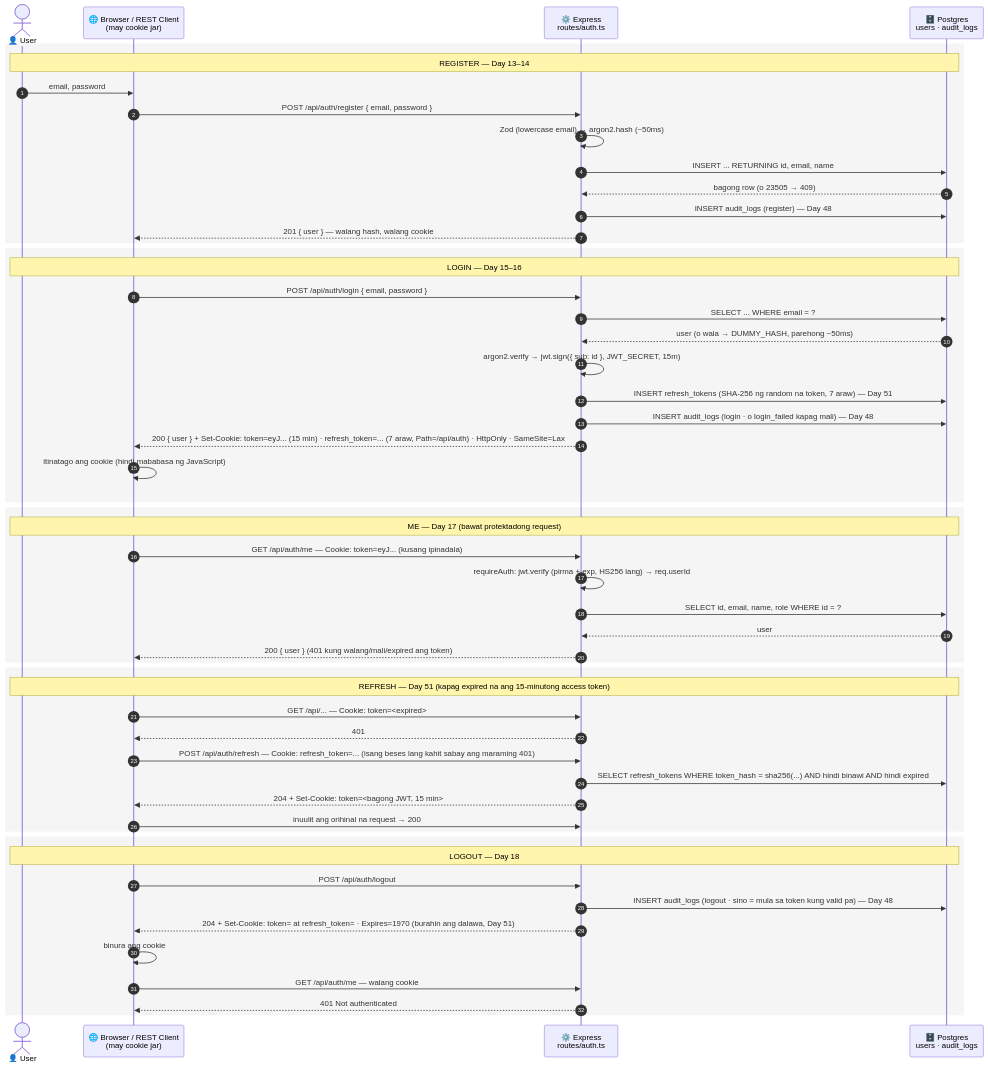
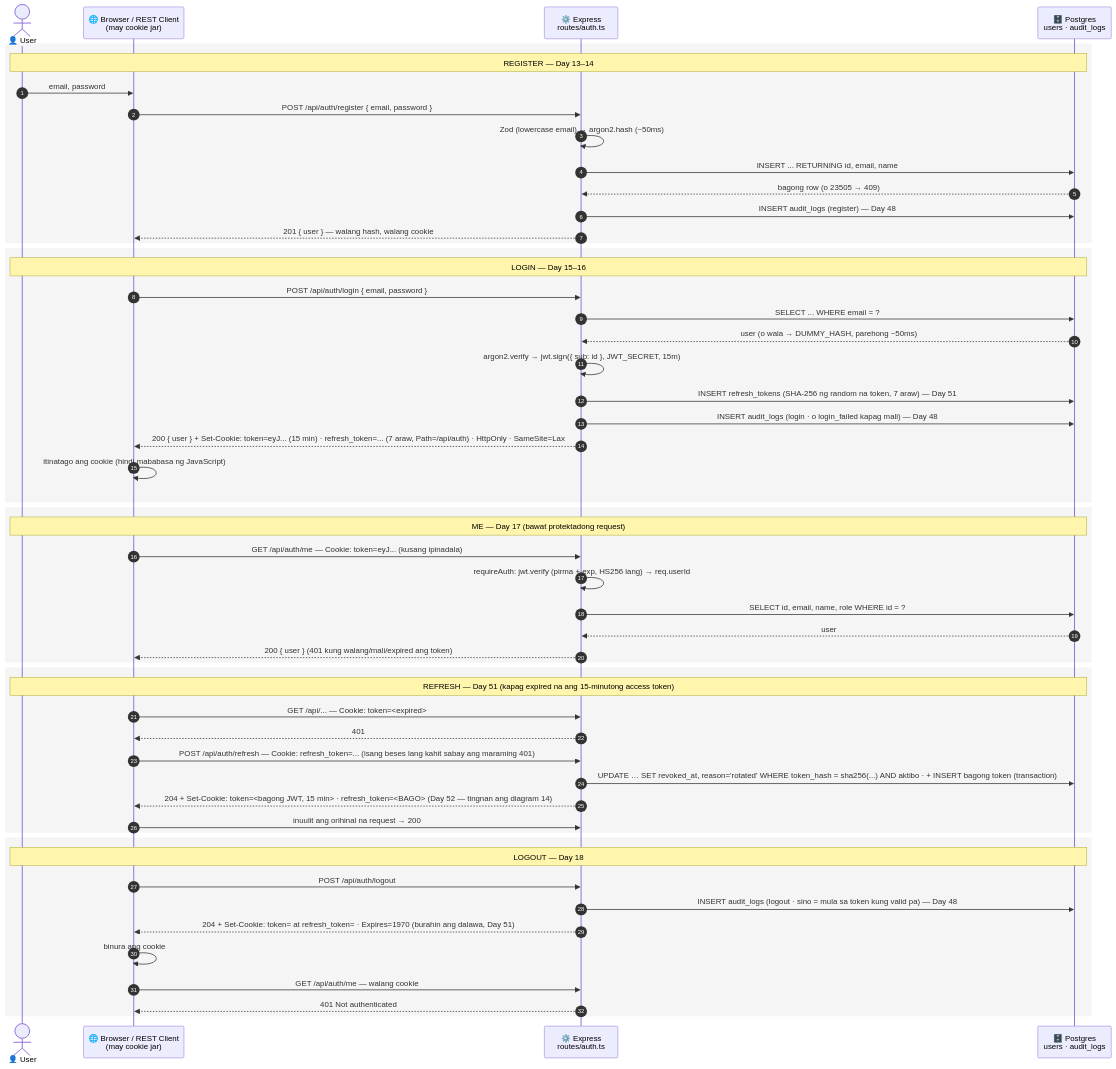
Before and after one commit to nelson1869-ai/auth-learning: the diagram in docs/diagrams/06-auth-sequence.md, drawn with Mermaid. The commit also changed other lines of this file and 15 other files, not shown here.

````diff
--- a/docs/diagrams/06-auth-sequence.md
+++ b/docs/diagrams/06-auth-sequence.md
@@ -12,60 +12,60 @@
 ```mermaid
 sequenceDiagram
     autonumber
     actor U as 👤 User
     participant B as 🌐 Browser / REST Client<br/>(may cookie jar)
     participant S as ⚙️ Express<br/>routes/auth.ts
     participant D as 🗄️ Postgres<br/>users · audit_logs
 
     rect rgba(128,128,128,0.08)
     Note over U,D: REGISTER — Day 13–14
     U->>B: email, password
     B->>S: POST /api/auth/register { email, password }
     S->>S: Zod (lowercase email) → argon2.hash (~50ms)
     S->>D: INSERT ... RETURNING id, email, name
     D-->>S: bagong row (o 23505 → 409)
     S->>D: INSERT audit_logs (register) — Day 48
     S-->>B: 201 { user } — walang hash, walang cookie
     end
 
     rect rgba(128,128,128,0.08)
     Note over U,D: LOGIN — Day 15–16
     B->>S: POST /api/auth/login { email, password }
     S->>D: SELECT ... WHERE email = ?
     D-->>S: user (o wala → DUMMY_HASH, parehong ~50ms)
     S->>S: argon2.verify → jwt.sign({ sub: id }, JWT_SECRET, 15m)
     S->>D: INSERT refresh_tokens (SHA-256 ng random na token, 7 araw) — Day 51
     S->>D: INSERT audit_logs (login · o login_failed kapag mali) — Day 48
     S-->>B: 200 { user } + Set-Cookie: token=eyJ... (15 min) · refresh_token=... (7 araw, Path=/api/auth) · HttpOnly · SameSite=Lax
     B->>B: itinatago ang cookie (hindi mababasa ng JavaScript)
     end
 
     rect rgba(128,128,128,0.08)
     Note over U,D: ME — Day 17 (bawat protektadong request)
     B->>S: GET /api/auth/me — Cookie: token=eyJ... (kusang ipinadala)
     S->>S: requireAuth: jwt.verify (pirma + exp, HS256 lang) → req.userId
     S->>D: SELECT id, email, name, role WHERE id = ?
     D-->>S: user
     S-->>B: 200 { user } (401 kung walang/mali/expired ang token)
     end
 
     rect rgba(128,128,128,0.08)
     Note over U,D: REFRESH — Day 51 (kapag expired na ang 15-minutong access token)
     B->>S: GET /api/... — Cookie: token=<expired>
     S-->>B: 401
     B->>S: POST /api/auth/refresh — Cookie: refresh_token=... (isang beses lang kahit sabay ang maraming 401)
-    S->>D: SELECT refresh_tokens WHERE token_hash = sha256(...) AND hindi binawi AND hindi expired
-    S-->>B: 204 + Set-Cookie: token=<bagong JWT, 15 min>
+    S->>D: UPDATE … SET revoked_at, reason='rotated' WHERE token_hash = sha256(...) AND aktibo · + INSERT bagong token (transaction)
+    S-->>B: 204 + Set-Cookie: token=<bagong JWT, 15 min> · refresh_token=<BAGO> (Day 52 — tingnan ang diagram 14)
     B->>S: inuulit ang orihinal na request → 200
     end
 
     rect rgba(128,128,128,0.08)
     Note over U,D: LOGOUT — Day 18
     B->>S: POST /api/auth/logout
     S->>D: INSERT audit_logs (logout · sino = mula sa token kung valid pa) — Day 48
     S-->>B: 204 + Set-Cookie: token= at refresh_token= · Expires=1970 (burahin ang dalawa, Day 51)
     B->>B: binura ang cookie
     B->>S: GET /api/auth/me — walang cookie
     S-->>B: 401 Not authenticated
     end
 ```
````
